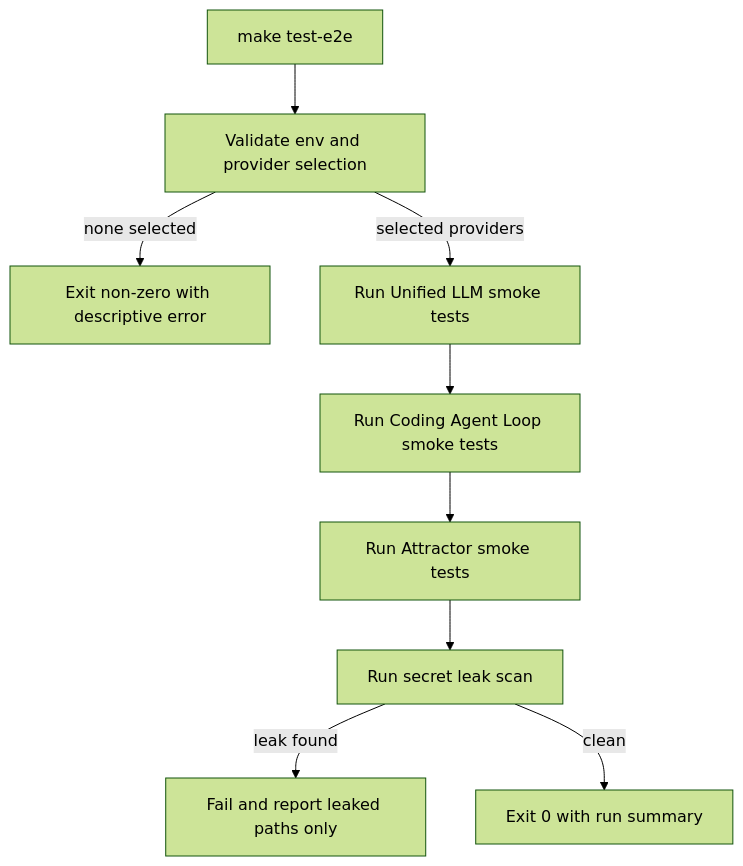
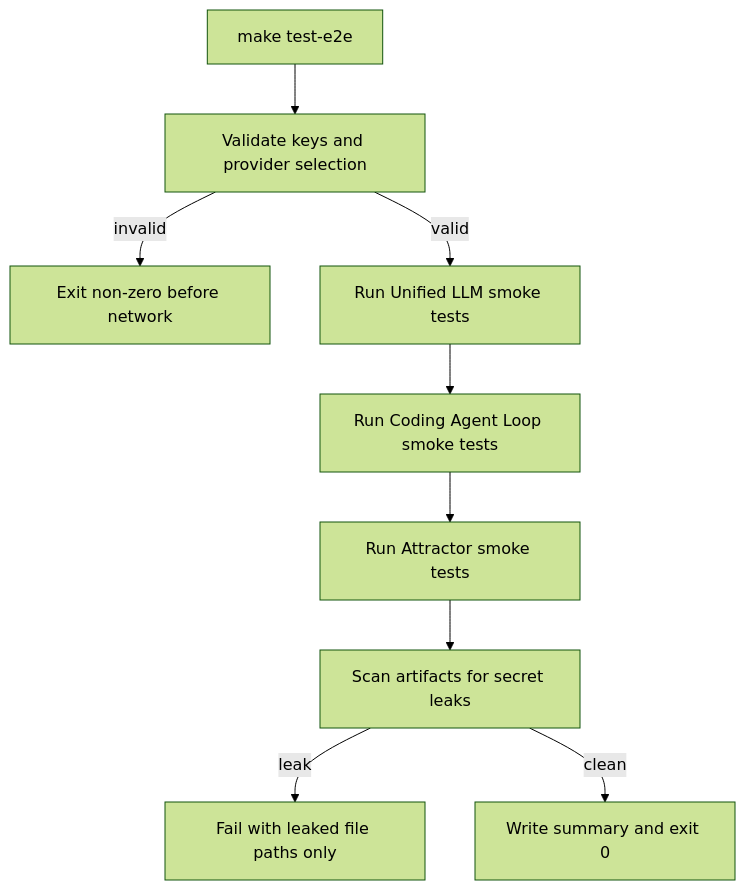
One commit to jaytaylor/attractor-tcl changed the third of 5 diagrams in docs/sprints/SPRINT-004-comprehensive-implementation-plan.md. Above: the diagram before and after it, drawn with Mermaid (forest theme). The commit also changed other lines of this file, not shown here.

````diff
--- a/docs/sprints/SPRINT-004-comprehensive-implementation-plan.md
+++ b/docs/sprints/SPRINT-004-comprehensive-implementation-plan.md
@@ -725,11 +829,11 @@
 ```mermaid
 flowchart TD
-  START[make test-e2e] --> PREFLIGHT[Validate env and provider selection]
-  PREFLIGHT -->|none selected| FAIL_FAST[Exit non-zero with descriptive error]
-  PREFLIGHT -->|selected providers| RUN_UNIFIED[Run Unified LLM smoke tests]
-  RUN_UNIFIED --> RUN_CAL[Run Coding Agent Loop smoke tests]
-  RUN_CAL --> RUN_ATTRACTOR[Run Attractor smoke tests]
-  RUN_ATTRACTOR --> SCAN[Run secret leak scan]
-  SCAN -->|leak found| LEAK_FAIL[Fail and report leaked paths only]
-  SCAN -->|clean| PASS[Exit 0 with run summary]
+  START[make test-e2e] --> PREFLIGHT[Validate keys and provider selection]
+  PREFLIGHT -->|invalid| FAILFAST[Exit non-zero before network]
+  PREFLIGHT -->|valid| ULLM[Run Unified LLM smoke tests]
+  ULLM --> CAL[Run Coding Agent Loop smoke tests]
+  CAL --> ATR[Run Attractor smoke tests]
+  ATR --> SCAN[Scan artifacts for secret leaks]
+  SCAN -->|leak| LEAKFAIL[Fail with leaked file paths only]
+  SCAN -->|clean| PASS[Write summary and exit 0]
 ```
````
